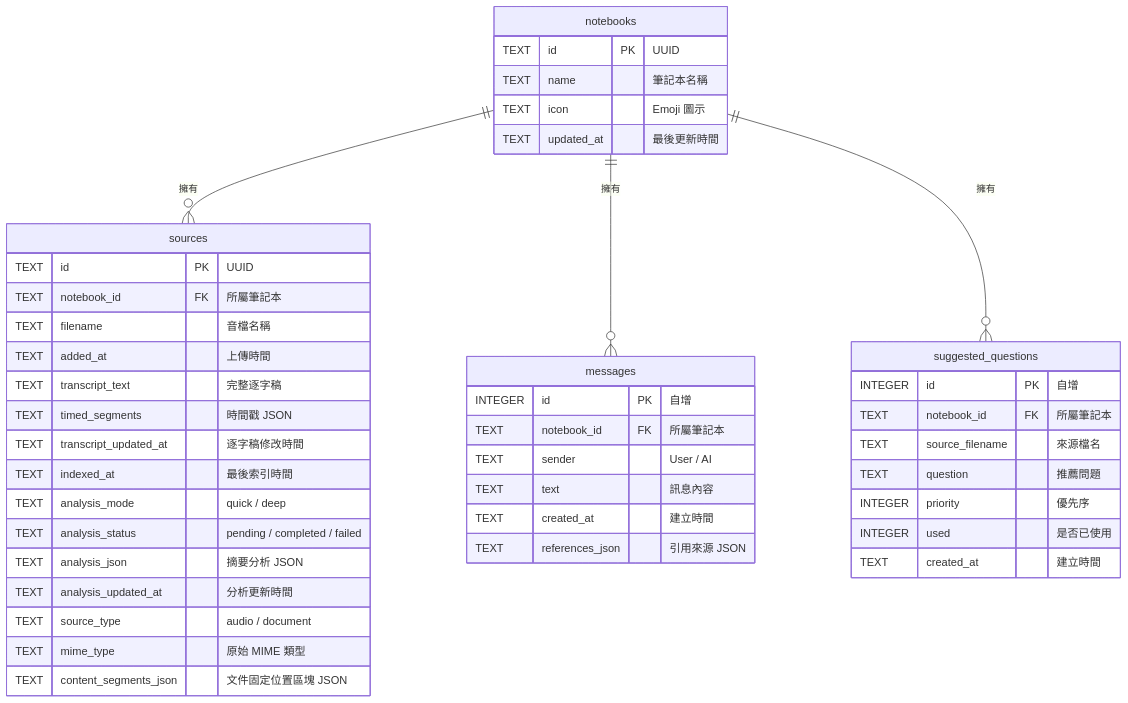
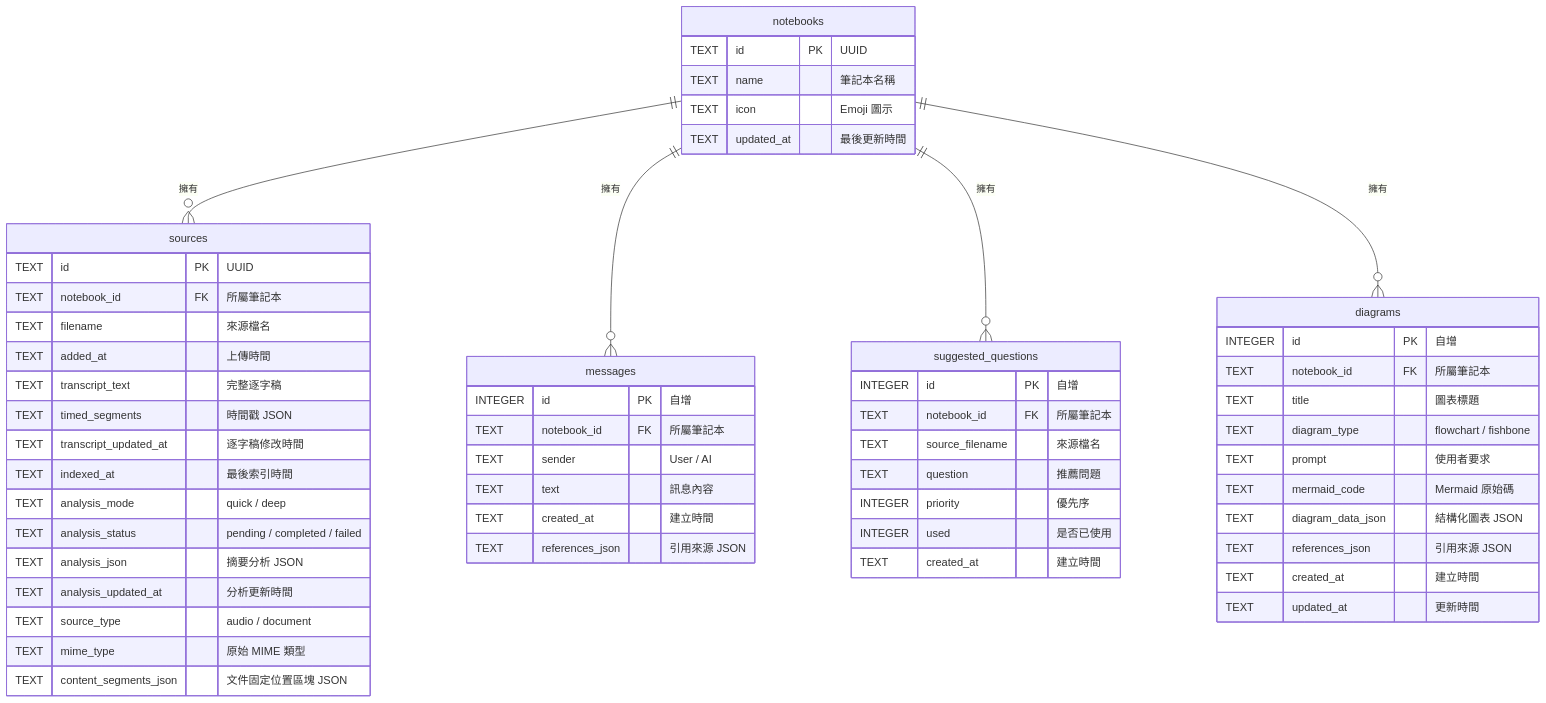
The third of 3 diagrams in README.md (victorhi2005-lang/VoiceRAG), drawn with Mermaid before and after one commit. The commit also changed other lines of this file, not shown here.

````diff
--- a/README.md
+++ b/README.md
@@ -406,7 +438,7 @@
     sources {
         TEXT id PK "UUID"
         TEXT notebook_id FK "所屬筆記本"
-        TEXT filename "音檔名稱"
+        TEXT filename "來源檔名"
         TEXT added_at "上傳時間"
         TEXT transcript_text "完整逐字稿"
         TEXT timed_segments "時間戳 JSON"
@@ -440,7 +472,21 @@
         TEXT created_at "建立時間"
     }
 
+    diagrams {
+        INTEGER id PK "自增"
+        TEXT notebook_id FK "所屬筆記本"
+        TEXT title "圖表標題"
+        TEXT diagram_type "flowchart / fishbone"
+        TEXT prompt "使用者要求"
+        TEXT mermaid_code "Mermaid 原始碼"
+        TEXT diagram_data_json "結構化圖表 JSON"
+        TEXT references_json "引用來源 JSON"
+        TEXT created_at "建立時間"
+        TEXT updated_at "更新時間"
+    }
+
     notebooks ||--o{ sources : "擁有"
     notebooks ||--o{ messages : "擁有"
     notebooks ||--o{ suggested_questions : "擁有"
+    notebooks ||--o{ diagrams : "擁有"
 ```
````
